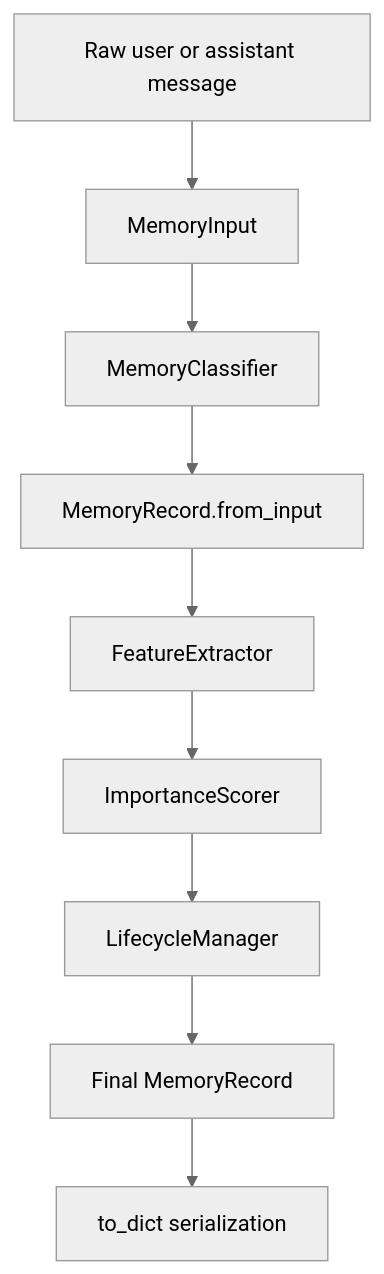
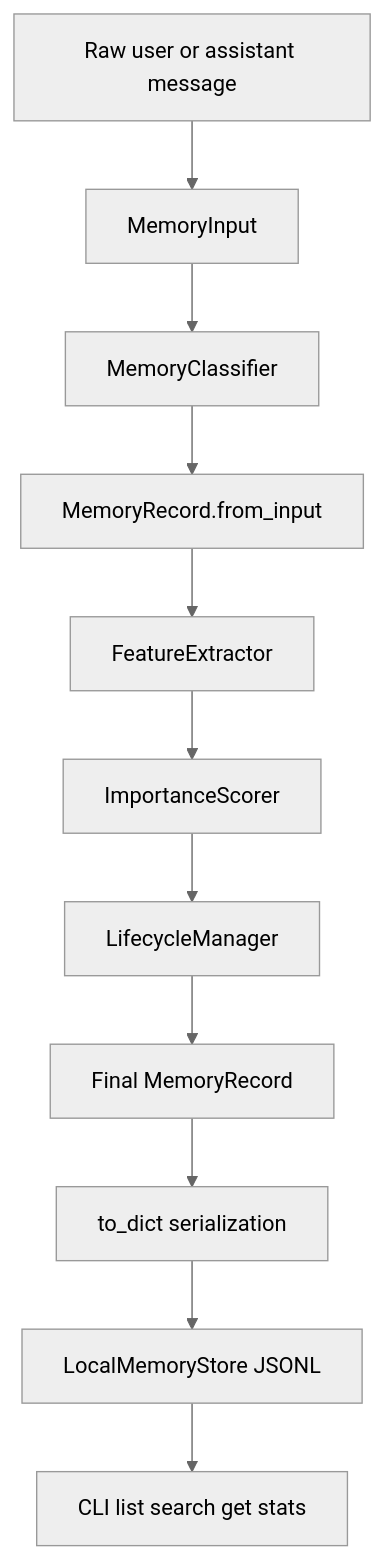
One commit to JosephRemingston/capstone changed the first of 5 diagrams in system_design.md. Above: the diagram before and after it, drawn with Mermaid (neutral theme). The commit also changed other lines of this file and 6 other files, not shown here.

````diff
--- a/system_design.md
+++ b/system_design.md
@@ -111,11 +118,13 @@
 ```mermaid
 flowchart TD
     A[Raw user or assistant message] --> B[MemoryInput]
     B --> C[MemoryClassifier]
     C --> D[MemoryRecord.from_input]
     D --> E[FeatureExtractor]
     E --> F[ImportanceScorer]
     F --> G[LifecycleManager]
     G --> H[Final MemoryRecord]
     H --> I[to_dict serialization]
+    I --> J[LocalMemoryStore JSONL]
+    J --> K[CLI list search get stats]
 ```
````
